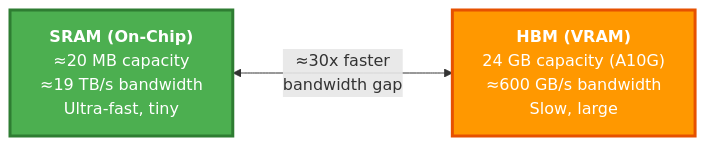
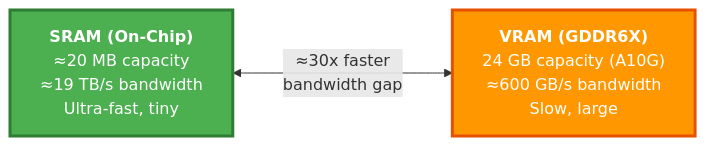
One commit to tmnestor/LMM_POC changed the first of 6 diagrams in docs/standard_vs_flash_attention.md. Above: the diagram before and after it, drawn with Mermaid. The commit also changed other lines of this file, not shown here.

Commit message:
🐛 fix: replace HBM with VRAM (GDDR6X) for A10G accuracy in attention diagrams

````diff
--- a/docs/standard_vs_flash_attention.md
+++ b/docs/standard_vs_flash_attention.md
@@ -14,9 +14,9 @@
 ```mermaid
 flowchart LR
     SRAM["<b>SRAM (On-Chip)</b><br/>≈20 MB capacity<br/>≈19 TB/s bandwidth<br/>Ultra-fast, tiny"]
-    SRAM <--->|"≈30x faster<br/>bandwidth gap"| HBM
-    HBM["<b>HBM (VRAM)</b><br/>24 GB capacity (A10G)<br/>≈600 GB/s bandwidth<br/>Slow, large"]
+    SRAM <--->|"≈30x faster<br/>bandwidth gap"| VRAM
+    VRAM["<b>VRAM (GDDR6X)</b><br/>24 GB capacity (A10G)<br/>≈600 GB/s bandwidth<br/>Slow, large"]
 
     style SRAM fill:#4CAF50,color:#fff,stroke:#2E7D32,stroke-width:3px
-    style HBM fill:#FF9800,color:#fff,stroke:#E65100,stroke-width:3px
+    style VRAM fill:#FF9800,color:#fff,stroke:#E65100,stroke-width:3px
 ```
````
